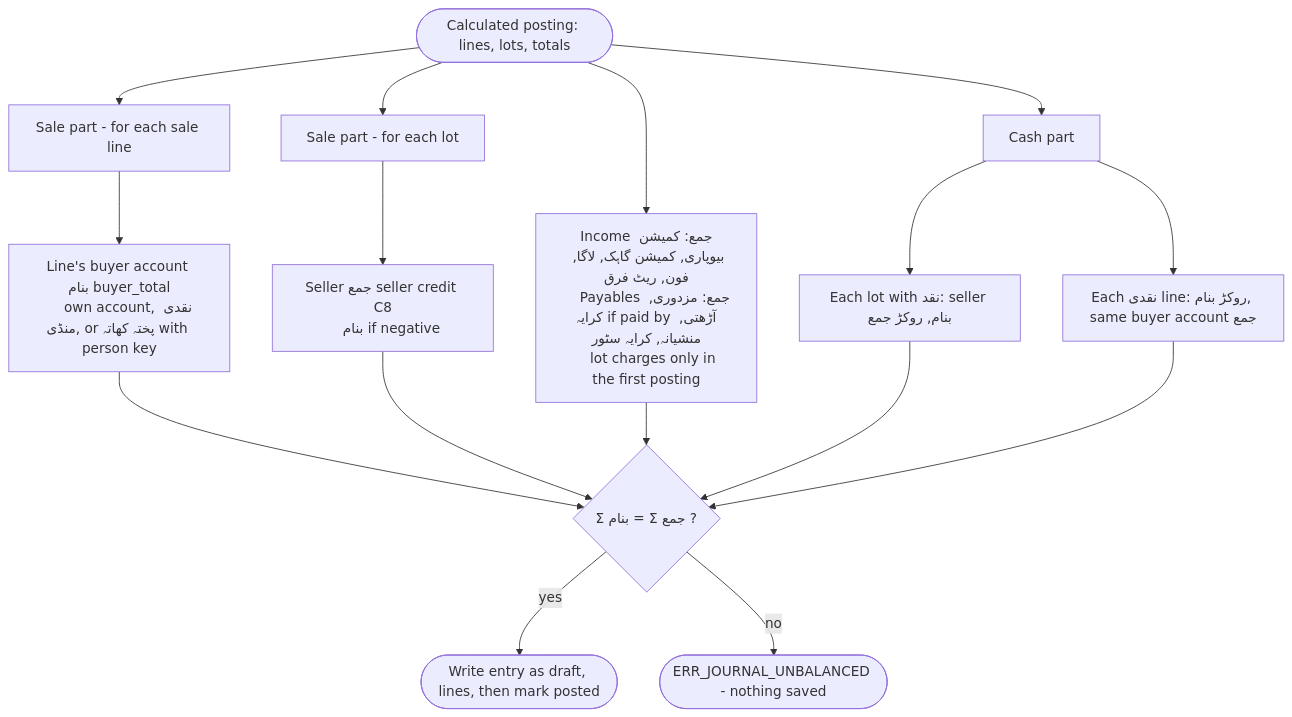
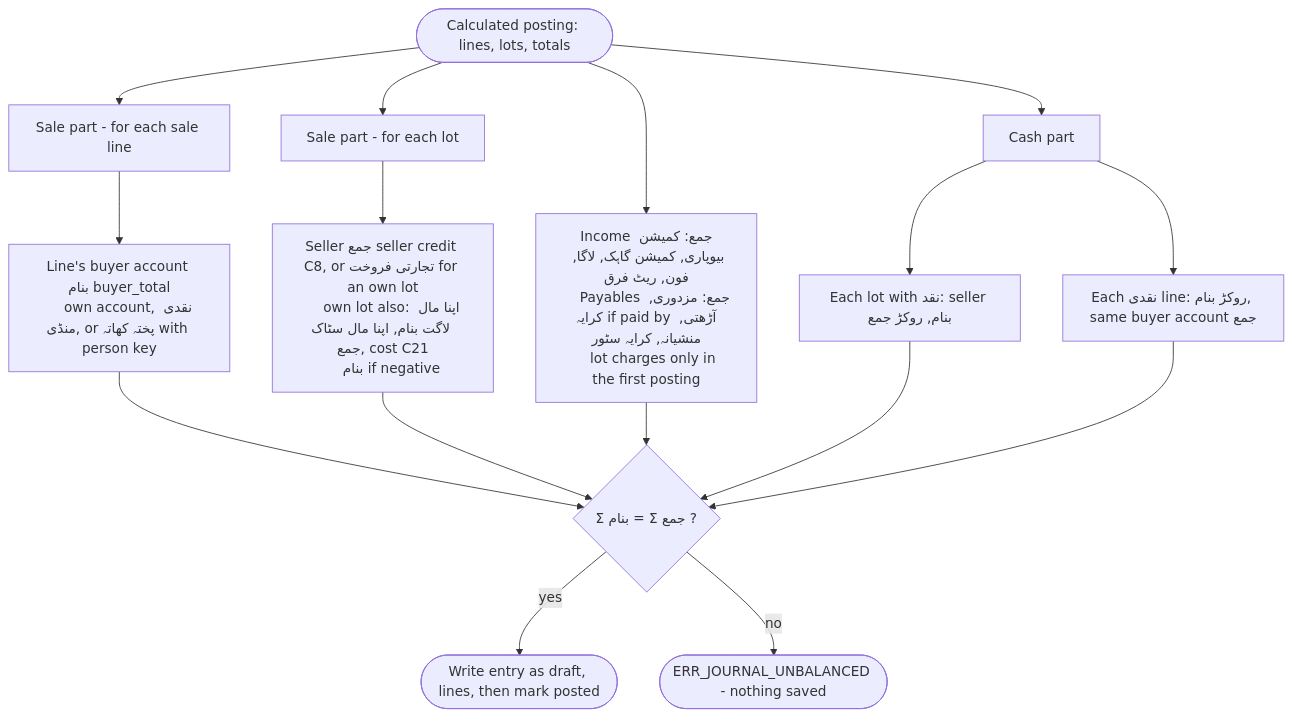
Before and after one commit to FaisalHanif12/Fruits-Mandi-Software: the tenth of 26 diagrams in .claude/rules/Architecture_v1.md, drawn with Mermaid. The commit also changed other lines of this file and 1119 other files, not shown here.

````diff
--- a/.claude/rules/Architecture_v1.md
+++ b/.claude/rules/Architecture_v1.md
@@ -381,18 +387,19 @@
 ```mermaid
 flowchart TD
     IN(["Calculated posting: lines, lots, totals"]) --> L1["Sale part - for each sale line"]
     L1 --> DRB["Line's buyer account بنام buyer_total
     own account, نقدی منڈی, or پختہ کھاتہ with person key"]
     IN --> L2["Sale part - for each lot"]
-    L2 --> CRS["Seller جمع seller credit C8
+    L2 --> CRS["Seller جمع seller credit C8, or تجارتی فروخت for an own lot
+    own lot also: اپنا مال لاگت بنام, اپنا مال سٹاک جمع, cost C21
     بنام if negative"]
     IN --> INC["Income جمع: کمیشن بیوپاری, کمیشن گاہک, لاگا, فون, ریٹ فرق
     Payables جمع: مزدوری, کرایہ if paid by آڑھتی, منشیانہ, کرایہ سٹور
     lot charges only in the first posting"]
     IN --> L3["Cash part"]
     L3 --> CSH["Each lot with نقد: seller بنام, روکڑ جمع"]
     L3 --> CSB["Each نقدی line: روکڑ بنام, same buyer account جمع"]
     DRB & CRS & INC & CSH & CSB --> CHK{"Σ بنام = Σ جمع ?"}
     CHK -- yes --> OK(["Write entry as draft, lines, then mark posted"])
     CHK -- no --> ERR(["ERR_JOURNAL_UNBALANCED - nothing saved"])
 ```
````
